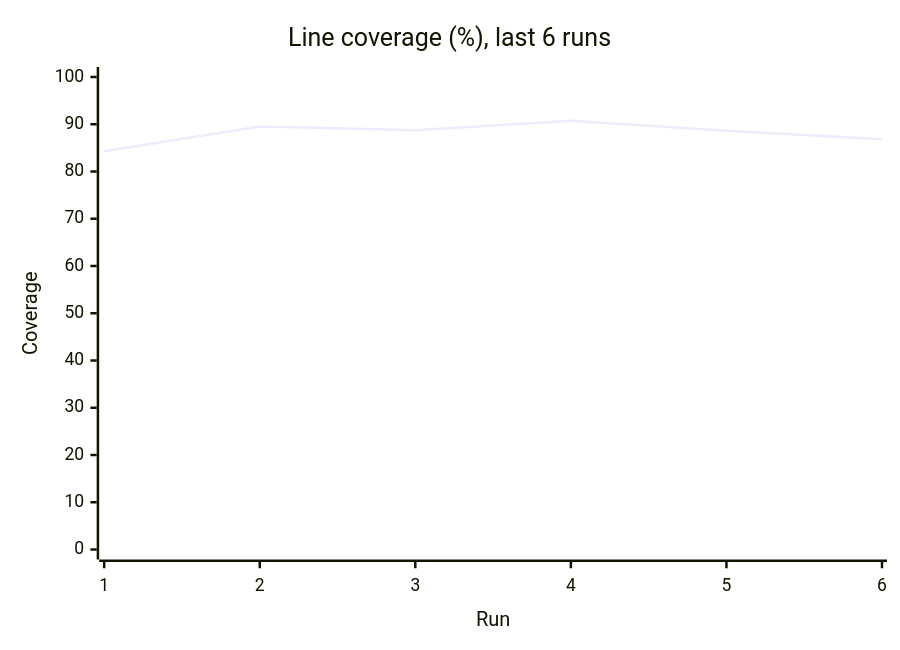
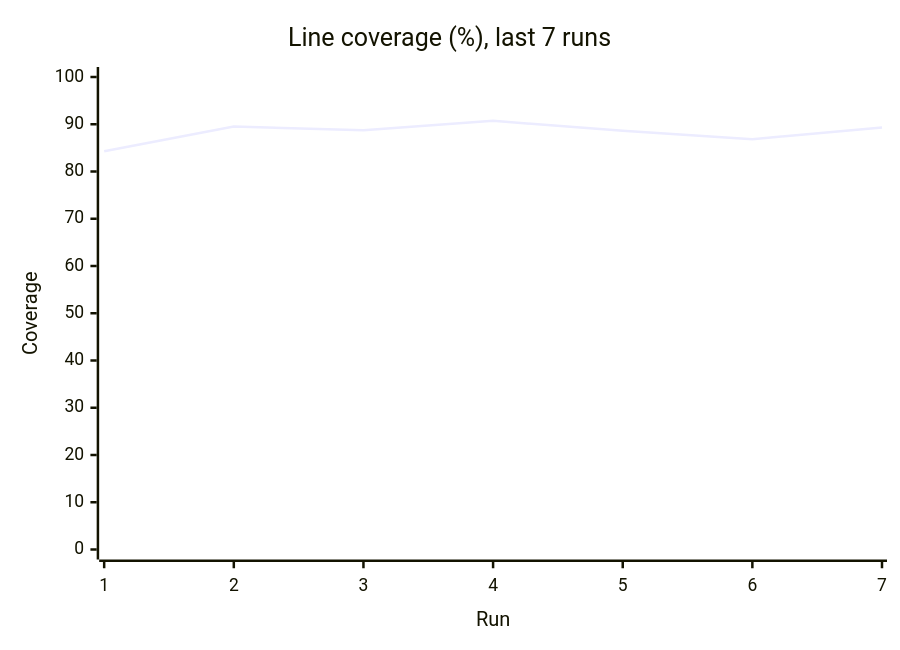
Before and after one commit to Shirojoufu/Flaky-Test-Lab: the third of 3 diagrams in reports/summary.md, drawn with Mermaid. The commit also changed other lines of this file and 7 other files, not shown here.

````diff
--- a/reports/summary.md
+++ b/reports/summary.md
@@ -58,7 +59,7 @@
 ```mermaid
 xychart-beta
-    title "Line coverage (%), last 6 runs"
-    x-axis "Run" [1, 2, 3, 4, 5, 6]
+    title "Line coverage (%), last 7 runs"
+    x-axis "Run" [1, 2, 3, 4, 5, 6, 7]
     y-axis "Coverage" 0 --> 100
-    line [84.27, 89.52, 88.71, 90.73, 88.61, 86.83]
+    line [84.27, 89.52, 88.71, 90.73, 88.61, 86.83, 89.32]
 ```
````
